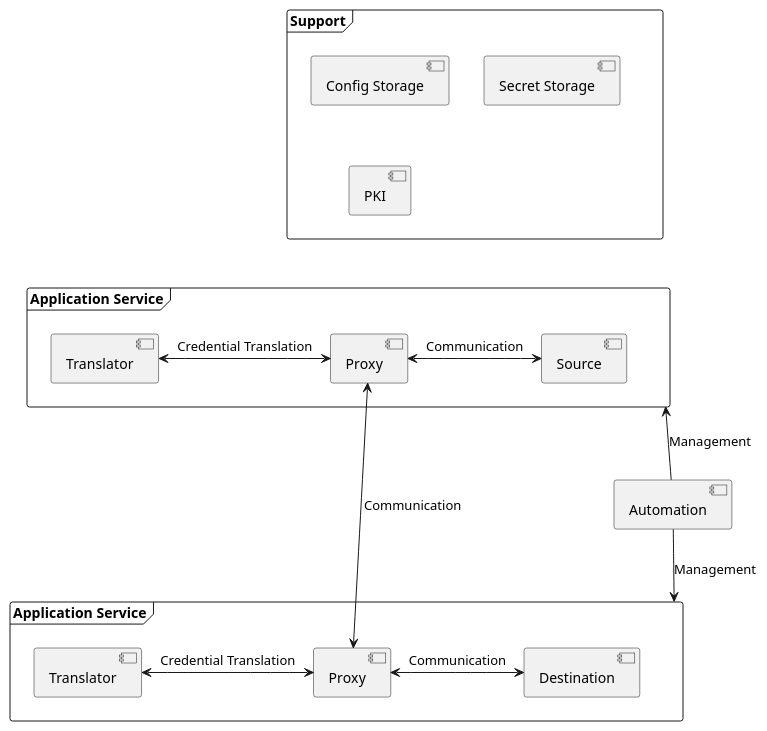
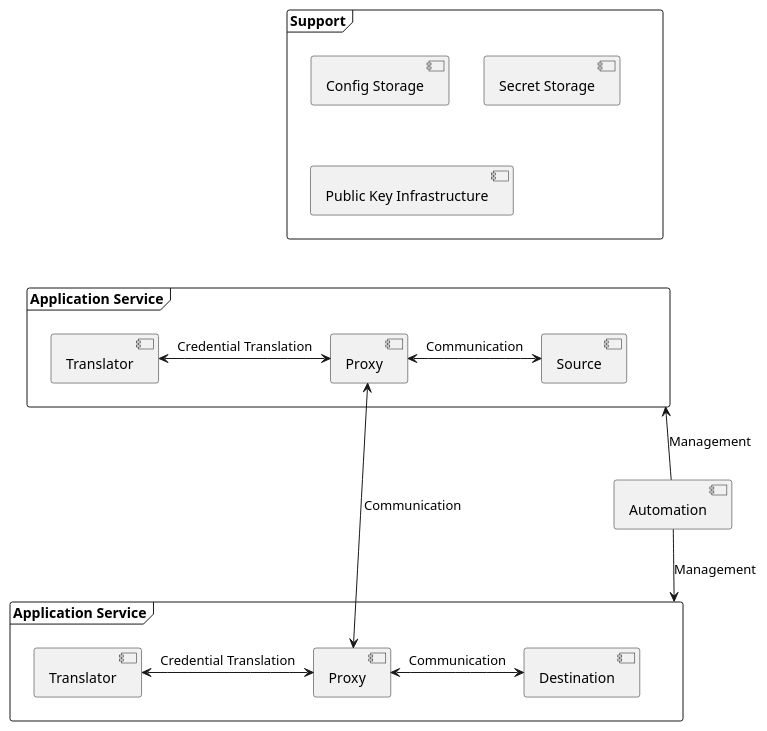
One commit to buehler/mse-project-thesis-1 changed the diagram in diagrams/component/solution-architecture.puml. Above: the diagram before and after it, drawn with PlantUML. The commit also changed 11 other files, not shown here.

```diff
--- a/diagrams/component/solution-architecture.puml
+++ b/diagrams/component/solution-architecture.puml
@@ -1,37 +1,37 @@
 @startuml
 skinparam backgroundcolor transparent
 
 component [Automation] as auto
 
 frame "Support" as sup {
     component [Config Storage] as config
     component [Secret Storage] as secret
-    component [PKI] as pki
+    component [Public Key Infrastructure] as pki
 }
 
 frame "Application Service" as app_a {
     component [Source] as src
     component [Proxy] as proxy_a
     component [Translator] as trans_a
 
     trans_a <-> proxy_a : Credential Translation
     proxy_a <-> src : Communication
 }
 
 frame "Application Service" as app_b {
     component [Destination] as dest
     component [Proxy] as proxy_b
     component [Translator] as trans_b
 
     trans_b <-> proxy_b : Credential Translation
     proxy_b <-> dest : Communication
 }
 
 sup -[hidden]--> app_a
 
 auto -up-> app_a : Management
 auto -down-> app_b : Management
 
 proxy_a <--> proxy_b : Communication
 
 @enduml
```
